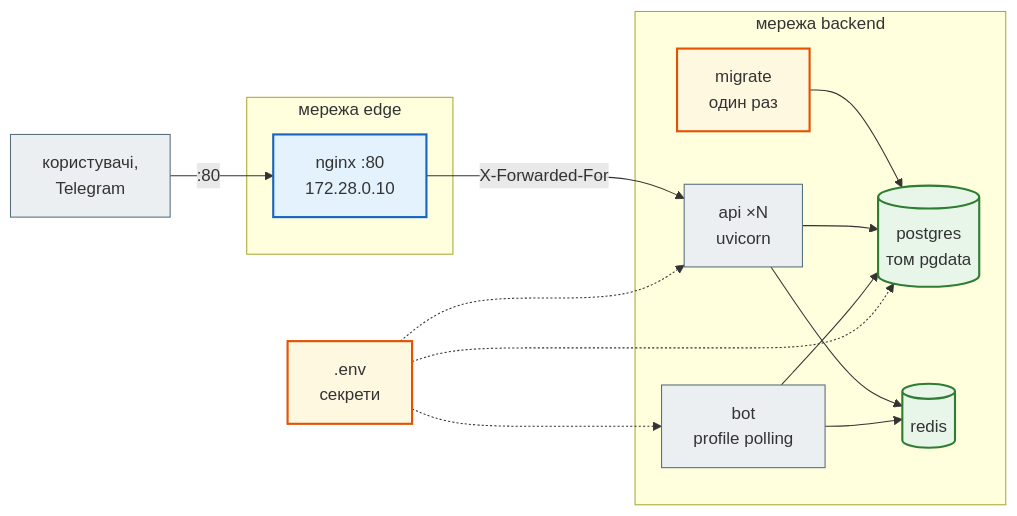
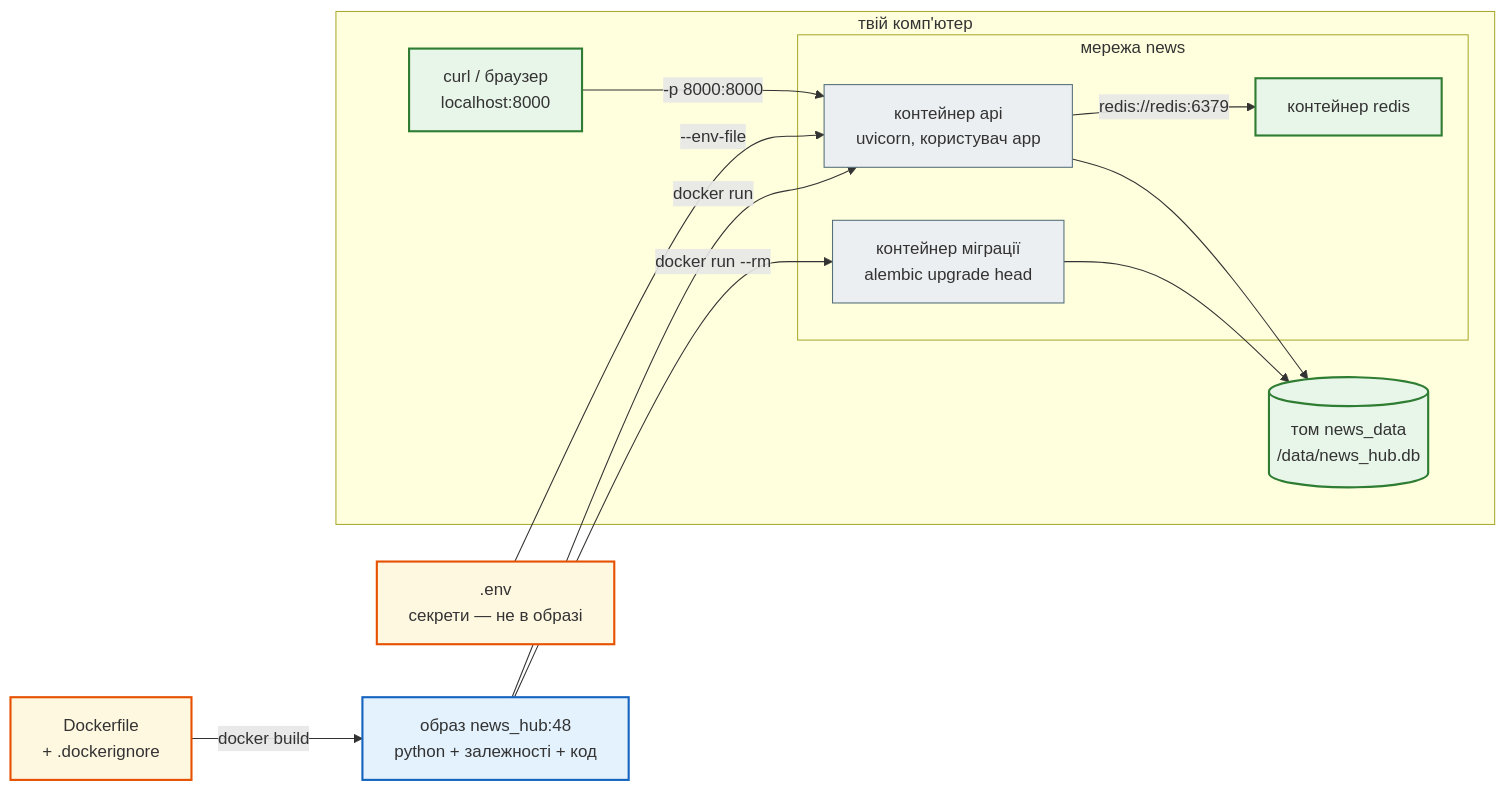
Before and after one commit to AlinaRadchenko/PY-Course-Victor-Nikoriak-22-09-2026: the fourth of 5 diagrams in docs/modules/m5/lesson_49.md, drawn with Mermaid. The commit also changed other lines of this file and 1846 other files, not shown here.

````diff
--- a/docs/modules/m5/lesson_49.md
+++ b/docs/modules/m5/lesson_49.md
@@ -624,37 +469,34 @@
 ```mermaid
 graph LR
     classDef step     fill:#eceff1,stroke:#546e7a,stroke-width:1px;
     classDef decision fill:#e3f2fd,stroke:#1565c0,stroke-width:2px;
     classDef success  fill:#e8f5e9,stroke:#2e7d32,stroke-width:2px;
     classDef error    fill:#ffebee,stroke:#c62828,stroke-width:3px;
     classDef warning  fill:#fff8e1,stroke:#e65100,stroke-width:2px;
 
-    U["користувачі,<br>Telegram"]
-    subgraph EDGE["мережа edge"]
-        NG["nginx :80<br>172.28.0.10"]
+    DF["Dockerfile<br>+ .dockerignore"]
+    IMG["образ news_hub:48<br>python + залежності + код"]
+    ENVF[".env<br>секрети — не в образі"]
+    subgraph HOST["твій комп'ютер"]
+        C["curl / браузер<br>localhost:8000"]
+        subgraph NET["мережа news"]
+            API["контейнер api<br>uvicorn, користувач app"]
+            MIG["контейнер міграції<br>alembic upgrade head"]
+            RED["контейнер redis"]
+        end
+        VOL[("том news_data<br>/data/news_hub.db")]
     end
-    subgraph BACK["мережа backend"]
-        API["api ×N<br>uvicorn"]
-        MIG["migrate<br>один раз"]
-        BOT["bot<br>profile polling"]
-        PG[("postgres<br>том pgdata")]
-        RD[("redis")]
-    end
-    ENV[".env<br>секрети"]
-    U -->|":80"| NG -->|"X-Forwarded-For"| API
-    MIG --> PG
-    API --> PG
-    API --> RD
-    BOT --> PG
-    BOT --> RD
-    ENV -.-> API
-    ENV -.-> BOT
-    ENV -.-> PG
+    DF -->|docker build| IMG
+    IMG -->|docker run| API
+    IMG -->|docker run --rm| MIG
+    ENVF -->|--env-file| API
+    C -->|-p 8000:8000| API
+    API -->|redis://redis:6379| RED
+    API --> VOL
+    MIG --> VOL
 
-    class NG decision
-    class API,BOT step
-    class MIG warning
-    class PG,RD success
-    class ENV warning
-    class U step
+    class DF,ENVF warning
+    class IMG decision
+    class API,MIG step
+    class RED,VOL,C success
 ```
````
